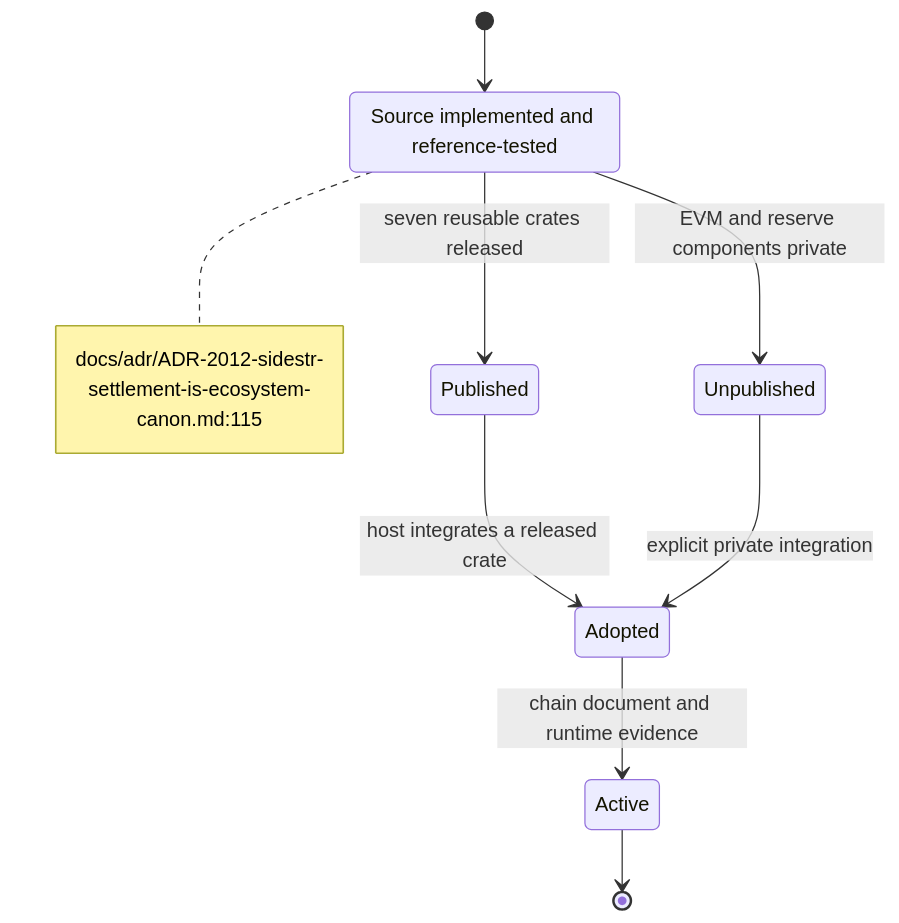
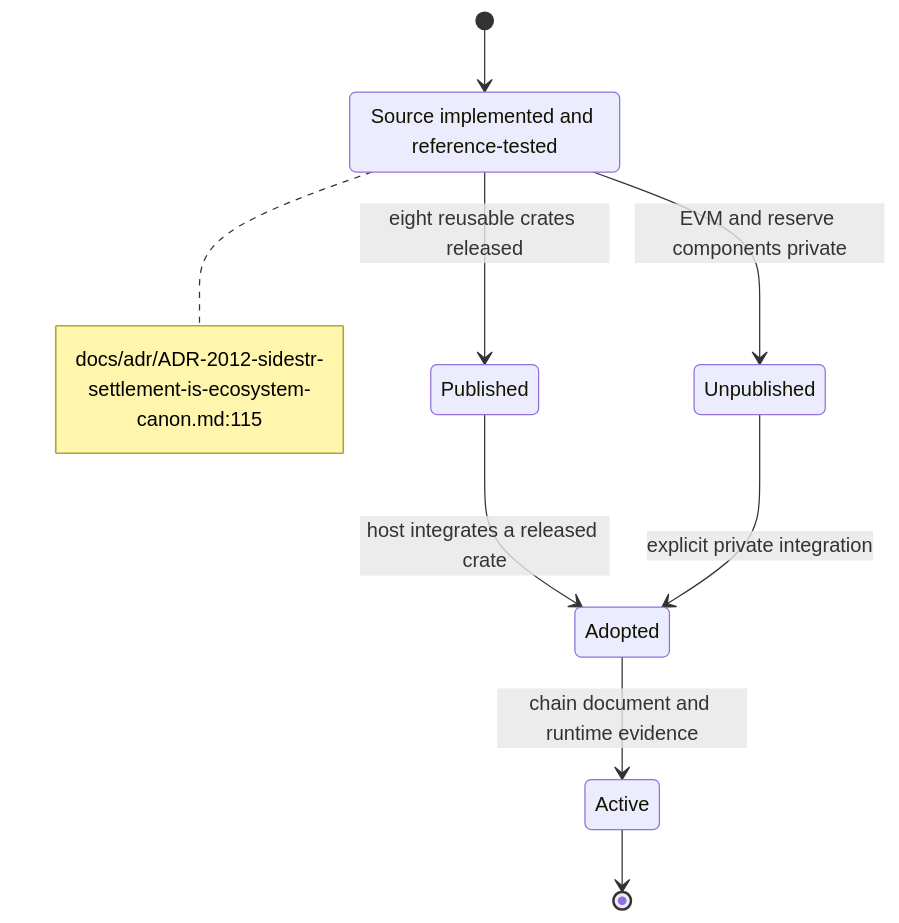
One commit to DreamLab-AI/VisionFlow changed the third of 4 diagrams in docs/diagrams/sidestr-rs/01-workspace-oracles-and-live-boundary.md. Above: the diagram before and after it, drawn with Mermaid. The commit also changed other lines of this file and 10 other files, not shown here.

First line of the commit message:
docs(diagrams): close ER-1 to ER-4 and ER-33 across ten topics, re-stamped

````diff
--- a/docs/diagrams/sidestr-rs/01-workspace-oracles-and-live-boundary.md
+++ b/docs/diagrams/sidestr-rs/01-workspace-oracles-and-live-boundary.md
@@ -81,14 +81,14 @@
 ```mermaid
 stateDiagram-v2
     [*] --> Source
     Source: Source implemented and reference-tested
-    Source --> Published: seven reusable crates released
+    Source --> Published: eight reusable crates released
     Source --> Unpublished: EVM and reserve components private
     Published --> Adopted: host integrates a released crate
     Unpublished --> Adopted: explicit private integration
     Adopted --> Active: chain document and runtime evidence
     note right of Source
         docs/adr/ADR-2012-sidestr-settlement-is-ecosystem-canon.md:115
     end note
     Active --> [*]
 ```
````
